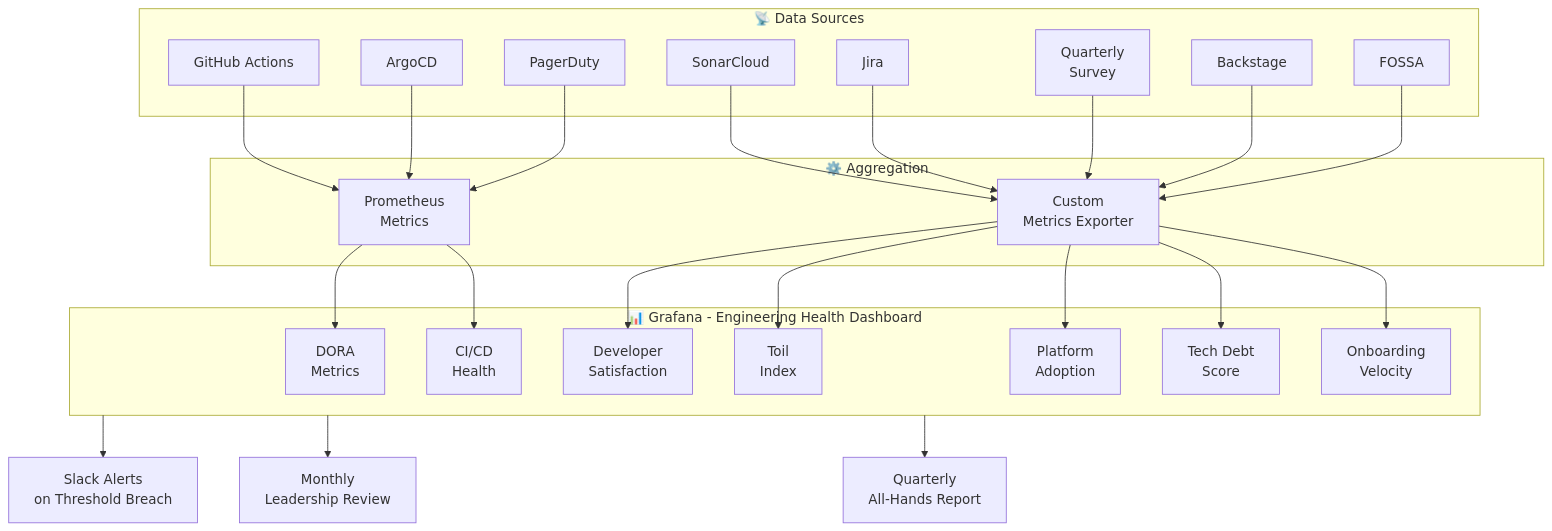
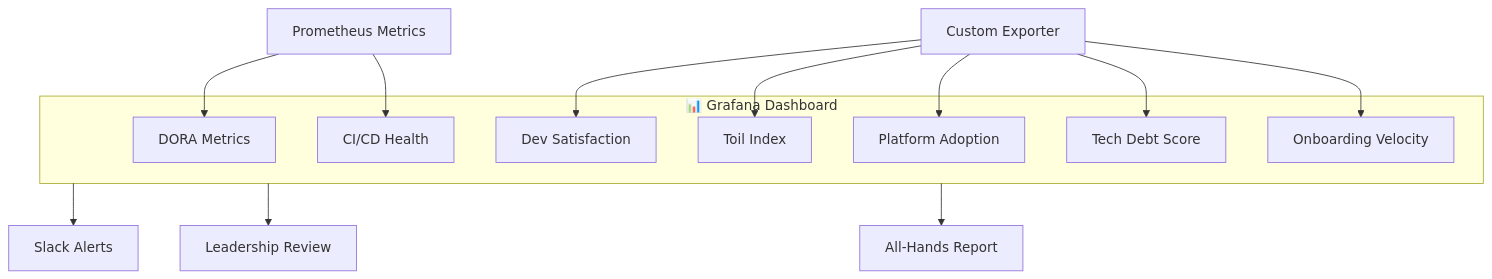
One commit to rishikeshdhokare/platform-manifesto changed the fifth of 5 diagrams in 08-program/04-engineering-metrics.md. Above: the diagram before and after it, drawn with Mermaid. The commit also changed 12 other files, not shown here.

First line of the commit message:
fix: refactor Mermaid diagrams for compliance (#135)

````diff
--- a/08-program/04-engineering-metrics.md
+++ b/08-program/04-engineering-metrics.md
@@ -241,49 +275,27 @@
 ```mermaid
 graph TB
-    subgraph Sources["📡 Data Sources"]
-        GHA["GitHub Actions"]
-        Argo["ArgoCD"]
-        PD["PagerDuty"]
-        Sonar["SonarCloud"]
-        Jira["Jira"]
-        Survey["Quarterly<br/>Survey"]
-        BS["Backstage"]
-        FOSSA["FOSSA"]
+    Prom["Prometheus Metrics"]
+    Custom["Custom Exporter"]
+
+    subgraph dashboard ["📊 Grafana Dashboard"]
+        DORA["DORA Metrics"]
+        DevSat["Dev Satisfaction"]
+        Toil["Toil Index"]
+        Adopt["Platform Adoption"]
+        Debt["Tech Debt Score"]
+        Onboard["Onboarding Velocity"]
+        CICD["CI/CD Health"]
     end
-
-    subgraph Pipeline["⚙️ Aggregation"]
-        Prom["Prometheus<br/>Metrics"]
-        Custom["Custom<br/>Metrics Exporter"]
-    end
-
-    subgraph Dashboard["📊 Grafana - Engineering Health Dashboard"]
-        DORA["DORA<br/>Metrics"]
-        DevSat["Developer<br/>Satisfaction"]
-        Toil["Toil<br/>Index"]
-        Adopt["Platform<br/>Adoption"]
-        Debt["Tech Debt<br/>Score"]
-        Onboard["Onboarding<br/>Velocity"]
-        CICD["CI/CD<br/>Health"]
-    end
-
-    GHA --> Prom
-    Argo --> Prom
-    PD --> Prom
-    Sonar --> Custom
-    Jira --> Custom
-    Survey --> Custom
-    BS --> Custom
-    FOSSA --> Custom
 
     Prom --> DORA
     Prom --> CICD
     Custom --> DevSat
     Custom --> Toil
     Custom --> Adopt
     Custom --> Debt
     Custom --> Onboard
 
-    Dashboard --> Alerts["Slack Alerts<br/>on Threshold Breach"]
-    Dashboard --> Monthly["Monthly<br/>Leadership Review"]
-    Dashboard --> Quarterly["Quarterly<br/>All-Hands Report"]
+    dashboard --> Alerts["Slack Alerts"]
+    dashboard --> Monthly["Leadership Review"]
+    dashboard --> Quarterly["All-Hands Report"]
 ```
````
